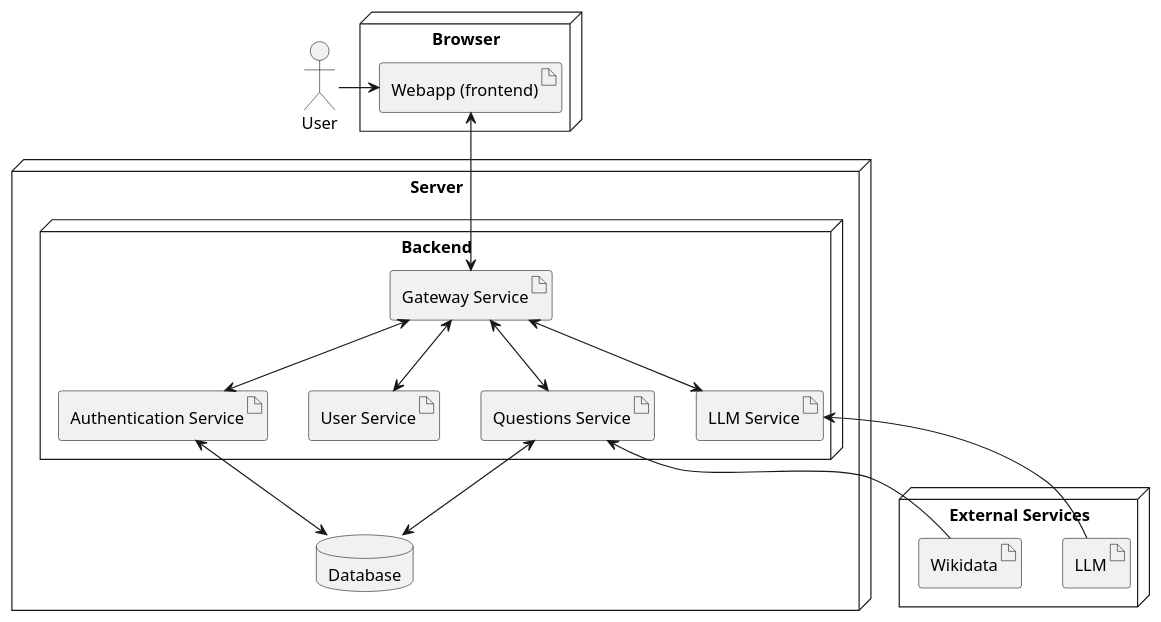
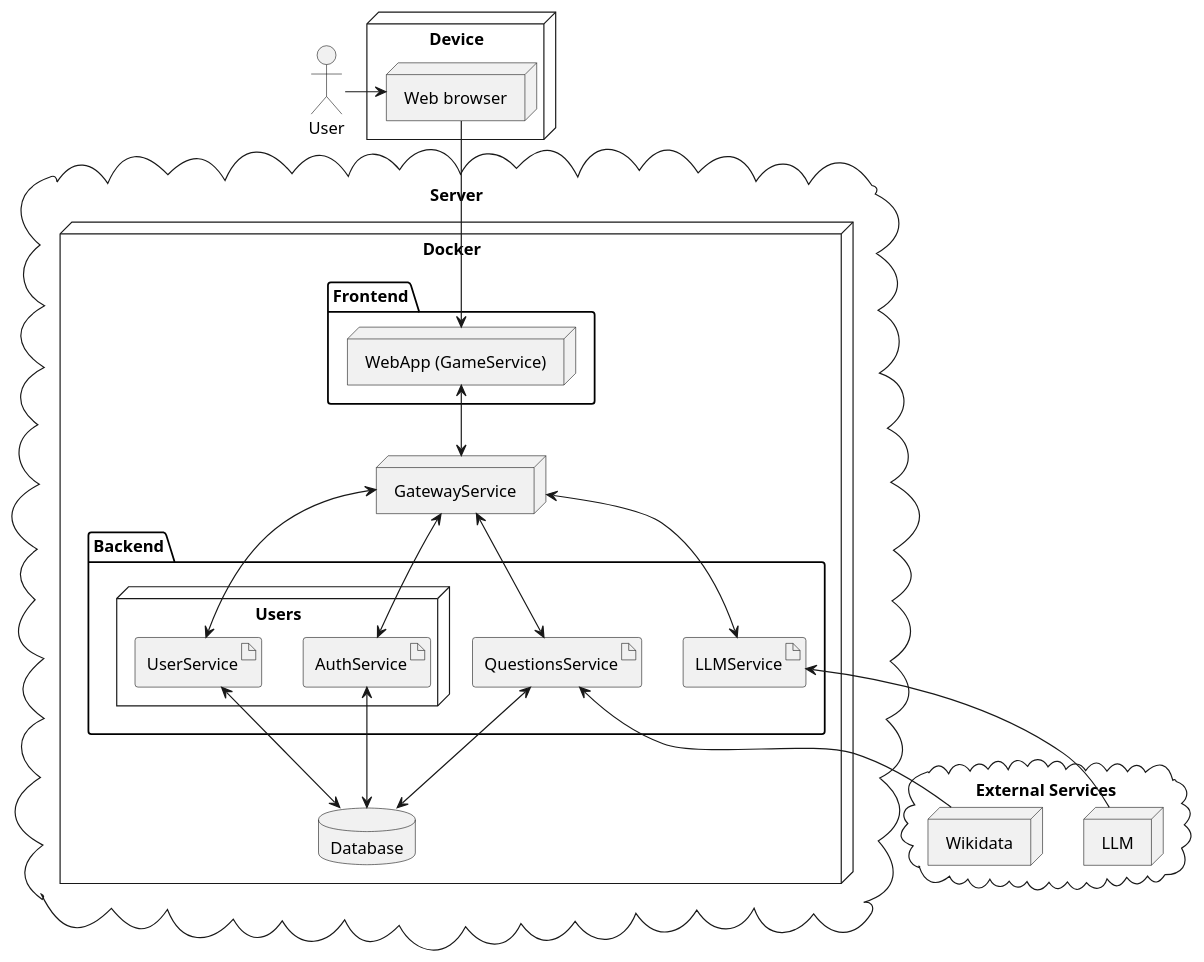
Before and after one commit to Arquisoft/wichat_en3b: the third of 3 diagrams in docs/src/05_building_block_view.adoc, drawn with PlantUML. The commit also changed other lines of this file, not shown here.

Commit message:
Diagram of part 5 (Level 3)

```diff
--- a/docs/src/05_building_block_view.adoc
+++ b/docs/src/05_building_block_view.adoc
@@ -193,44 +193,53 @@
 [plantuml]
 ----
 @startuml
 top to bottom direction
 
 skinparam nodeStyle rectangle
 skinparam artifactStyle rectangle
 skinparam databaseStyle cylinder
 
 actor "User" as user
 
-node "Browser" as browser {
-  artifact "Webapp (frontend)" as Web
+node "Device" as browser {
+  node "Web browser" as wb
 }
 
-node "Server" as server {
-  node "Backend" as backend {
-    artifact "Authentication Service" as Auth
-    artifact "User Service" as User
-    artifact "Gateway Service" as Gateway
-    artifact "LLM Service" as LLMSvc
-    artifact "Questions Service" as QnA
+cloud "Server" as server {
+  node "Docker" as docker {
+    folder "Frontend" as frontend {
+      node "WebApp (GameService)" as Web
+    }
+    node "GatewayService" as Gateway
+      folder "Backend" as backend {
+        node "Users" as users {
+          artifact "AuthService" as Auth
+          artifact "UserService" as User
+        }
+        artifact "LLMService" as LLMSvc
+        artifact "QuestionsService" as QnA
+      } 
+    database "Database" as DB
   }
-  database "Database" as DB
 }
 
-node "External Services" as ext {
-  artifact "LLM" as LLM
-  artifact "Wikidata" as Wikidata
+cloud "External Services" as ext {
+  node "LLM" as LLM
+  node "Wikidata" as Wikidata
 }
 
-user -right-> Web
+user -right-> wb
+wb --> Web
 Web <--> Gateway
 Auth <--> DB
 Gateway <--> LLMSvc
 Gateway <--> QnA
 Gateway <--> Auth
 Gateway <--> User
 LLMSvc <-- LLM
 QnA <-- Wikidata
 QnA <--> DB
+User <--> DB
 
 @enduml
 ----
```
